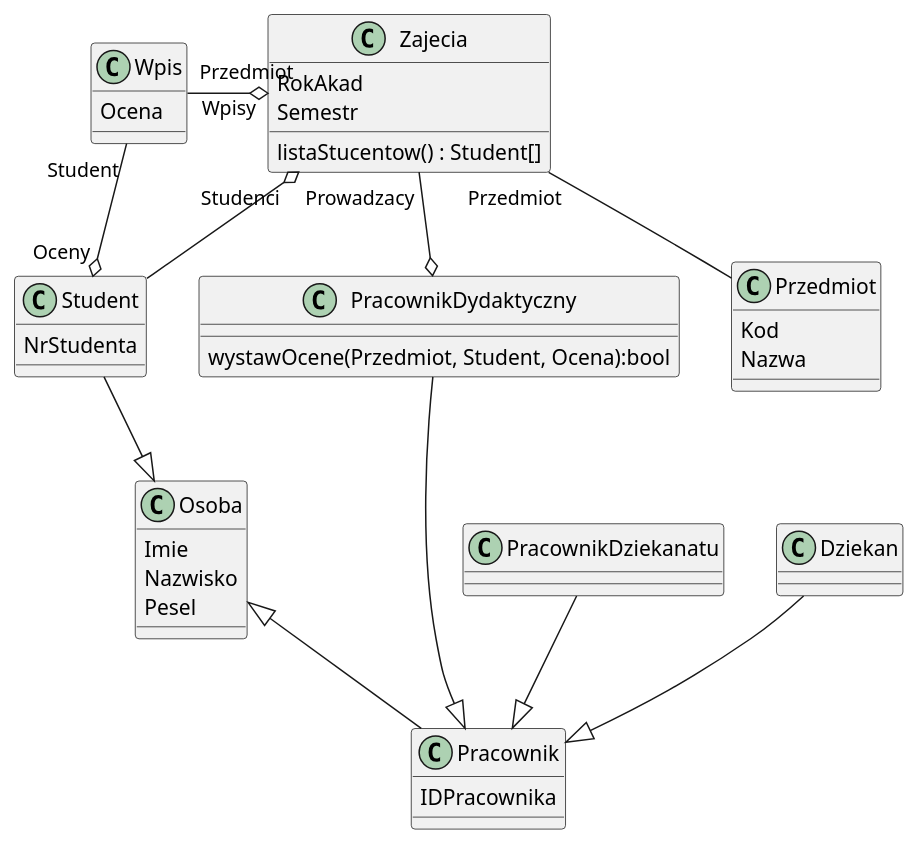
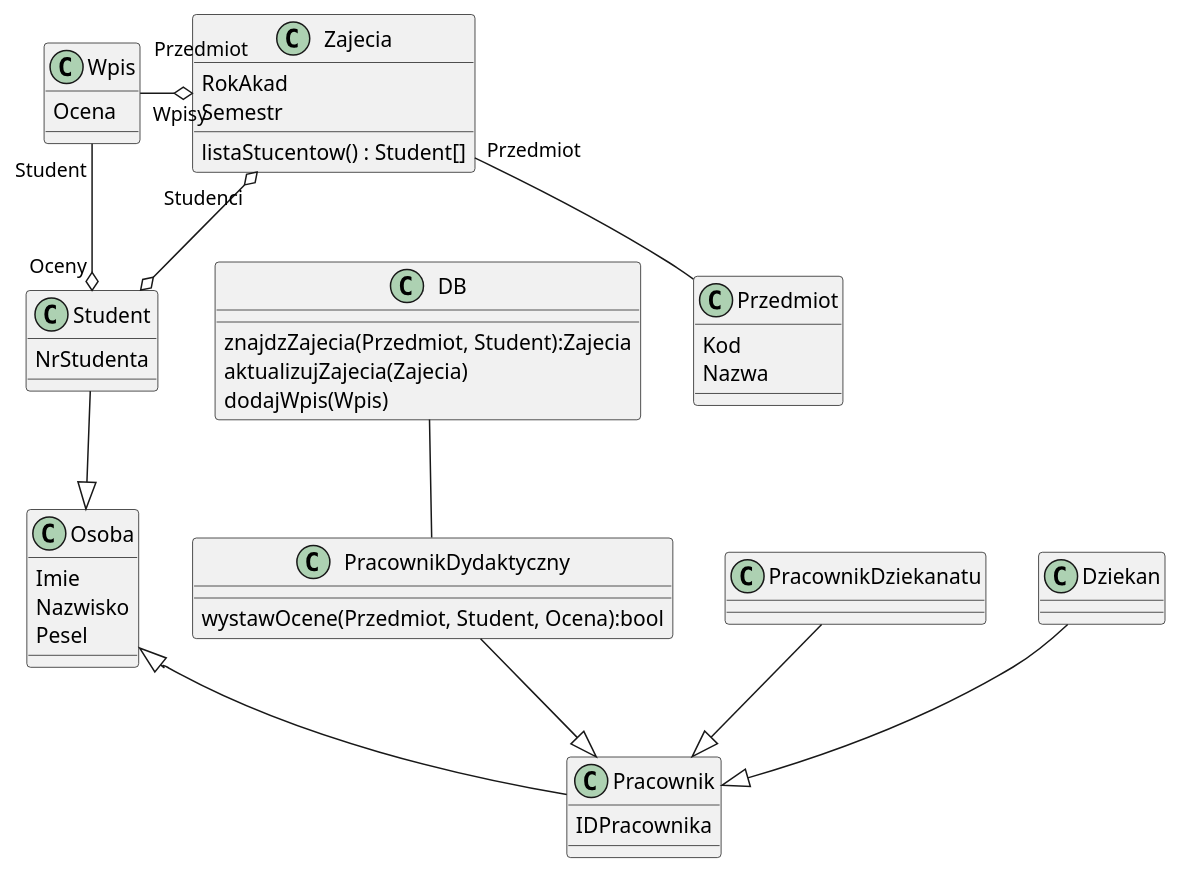
Before and after one commit to kpodlaski/Modelowanie_UML_2023: the diagram in Dzienne/usos_class-diagram.plantuml, drawn with PlantUML.

Commit message:
aktualizacja o bazę danych (dzienne)

```diff
--- a/Dzienne/usos_class-diagram.plantuml
+++ b/Dzienne/usos_class-diagram.plantuml
@@ -1,49 +1,58 @@
 @startuml
+
+class DB{
+    znajdzZajecia(Przedmiot, Student):Zajecia
+    aktualizujZajecia(Zajecia)
+    dodajWpis(Wpis)
+}
 
 class Osoba{
     Imie 
     Nazwisko
     Pesel
 }
 class Student{
     NrStudenta
 }
 class Pracownik{
     IDPracownika
 }
 class PracownikDydaktyczny{
     wystawOcene(Przedmiot, Student, Ocena):bool
 }
 class PracownikDziekanatu 
 class Dziekan 
 
 class Przedmiot{
     Kod
     Nazwa
 }
 class Zajecia{
     RokAkad
     Semestr
     'Zastąpione linią
     'Przedmiot : Przedmiot
     listaStucentow() : Student[]
 }
 
 class Wpis{
     Ocena
 }
 
 Student --|> Osoba 
 Osoba <|-- Pracownik
 PracownikDziekanatu --|> Pracownik
 PracownikDydaktyczny --|> Pracownik
 Dziekan --|> Pracownik
+PracownikDydaktyczny -up- DB
 
 Wpis "Student" --o "Oceny" Student
 Zajecia "Przedmiot" -- Przedmiot
 Zajecia "Wpisy" o--left-- "Przedmiot" Wpis
-Zajecia "Prowadzacy" --o PracownikDydaktyczny
-Zajecia "Studenci" o-- Student
+
+'Powiązanie jest w relacji bazodanowej natomiast nie jest reprezentowane w klasach
+'Zajecia "Prowadzacy" --o PracownikDydaktyczny
+Zajecia "Studenci" o--o Student
 
 
 @enduml
```
